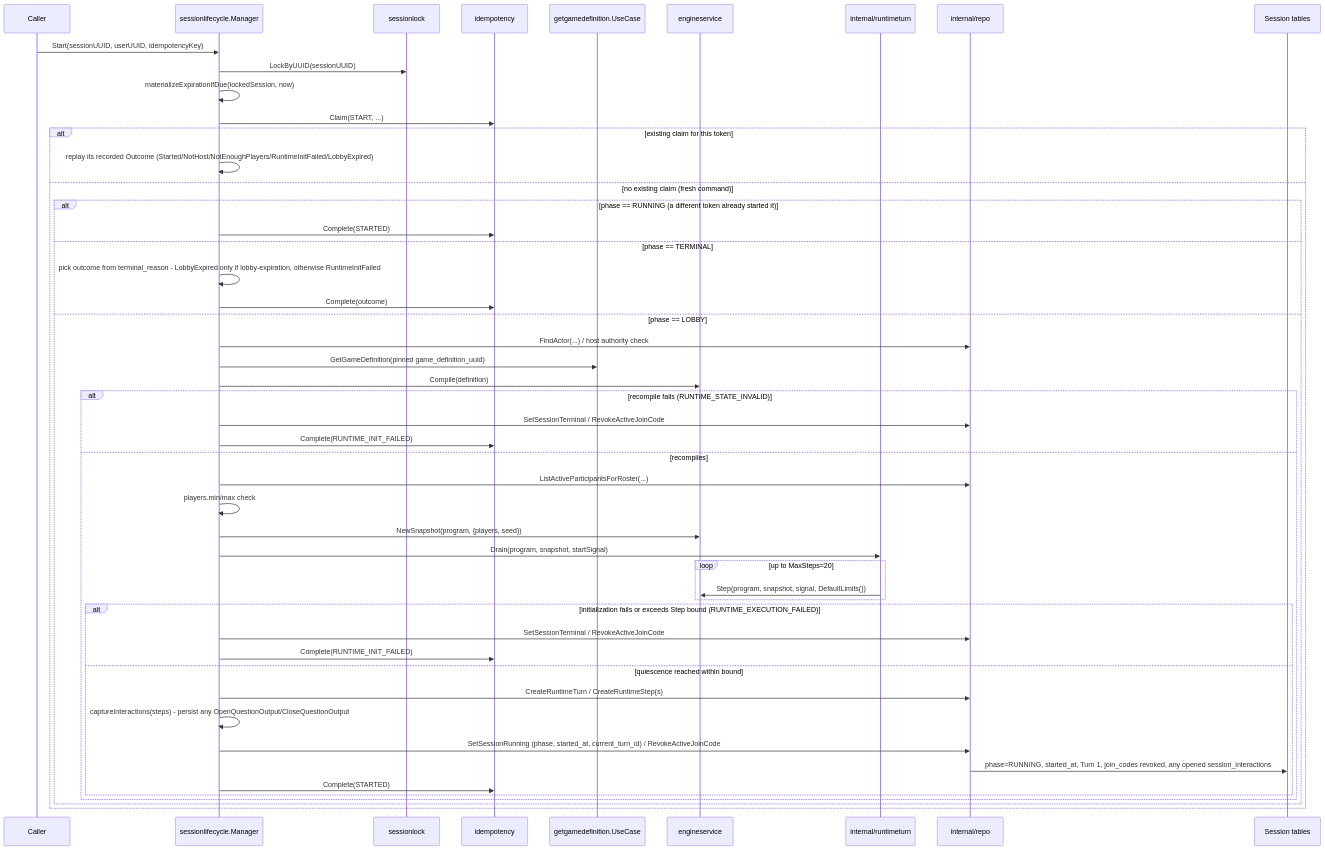
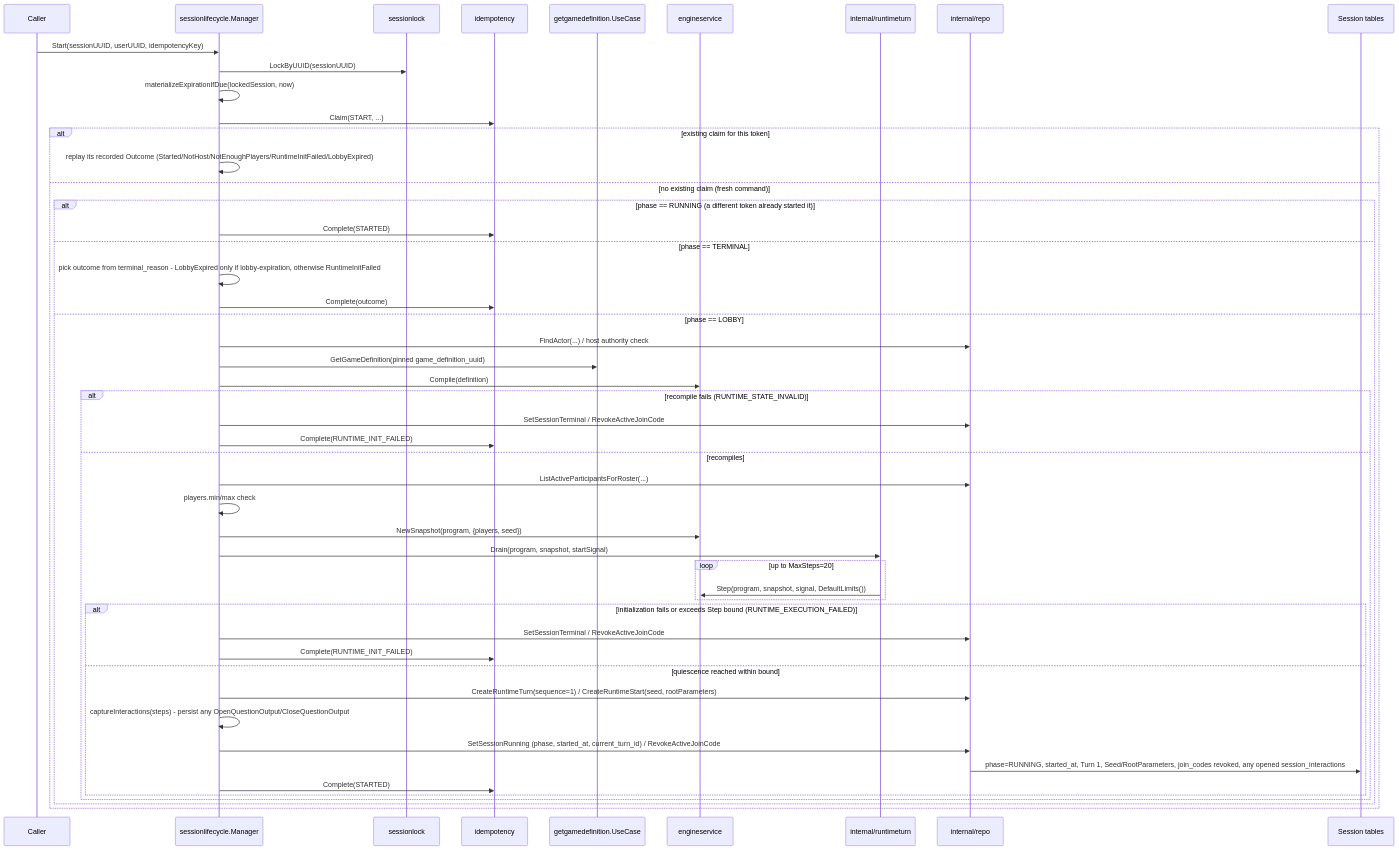
The third of 4 diagrams in game/docs/FLOWS.md (diegobermudez03/playhoot), drawn with Mermaid before and after one commit. The commit also changed other lines of this file and 19 other files, not shown here.

````diff
--- a/game/docs/FLOWS.md
+++ b/game/docs/FLOWS.md
@@ -82,53 +82,53 @@
 ```mermaid
 sequenceDiagram
     participant Caller
     participant Mgr as sessionlifecycle.Manager
     participant Lock as sessionlock
     participant Idem as idempotency
     participant GetDef as getgamedefinition.UseCase
     participant Engine as engineservice
     participant Drain as internal/runtimeturn
     participant Repo as internal/repo
     participant DB as Session tables
 
     Caller->>Mgr: Start(sessionUUID, userUUID, idempotencyKey)
     Mgr->>Lock: LockByUUID(sessionUUID)
     Mgr->>Mgr: materializeExpirationIfDue(lockedSession, now)
     Mgr->>Idem: Claim(START, ...)
     alt existing claim for this token
         Mgr->>Mgr: replay its recorded Outcome (Started/NotHost/NotEnoughPlayers/RuntimeInitFailed/LobbyExpired)
     else no existing claim (fresh command)
         alt phase == RUNNING (a different token already started it)
             Mgr->>Idem: Complete(STARTED)
         else phase == TERMINAL
             Mgr->>Mgr: pick outcome from terminal_reason - LobbyExpired only if lobby-expiration, otherwise RuntimeInitFailed
             Mgr->>Idem: Complete(outcome)
         else phase == LOBBY
             Mgr->>Repo: FindActor(...) / host authority check
             Mgr->>GetDef: GetGameDefinition(pinned game_definition_uuid)
             Mgr->>Engine: Compile(definition)
             alt recompile fails (RUNTIME_STATE_INVALID)
                 Mgr->>Repo: SetSessionTerminal / RevokeActiveJoinCode
                 Mgr->>Idem: Complete(RUNTIME_INIT_FAILED)
             else recompiles
                 Mgr->>Repo: ListActiveParticipantsForRoster(...)
                 Mgr->>Mgr: players.min/max check
                 Mgr->>Engine: NewSnapshot(program, {players, seed})
                 Mgr->>Drain: Drain(program, snapshot, startSignal)
                 loop up to MaxSteps=20
                     Drain->>Engine: Step(program, snapshot, signal, DefaultLimits())
                 end
                 alt initialization fails or exceeds Step bound (RUNTIME_EXECUTION_FAILED)
                     Mgr->>Repo: SetSessionTerminal / RevokeActiveJoinCode
                     Mgr->>Idem: Complete(RUNTIME_INIT_FAILED)
                 else quiescence reached within bound
-                    Mgr->>Repo: CreateRuntimeTurn / CreateRuntimeStep(s)
+                    Mgr->>Repo: CreateRuntimeTurn(sequence=1) / CreateRuntimeStart(seed, rootParameters)
                     Mgr->>Mgr: captureInteractions(steps) - persist any OpenQuestionOutput/CloseQuestionOutput
                     Mgr->>Repo: SetSessionRunning (phase, started_at, current_turn_id) / RevokeActiveJoinCode
-                    Repo->>DB: phase=RUNNING, started_at, Turn 1, join_codes revoked, any opened session_interactions
+                    Repo->>DB: phase=RUNNING, started_at, Turn 1, Seed/RootParameters, join_codes revoked, any opened session_interactions
                     Mgr->>Idem: Complete(STARTED)
                 end
             end
         end
     end
 ```
````
